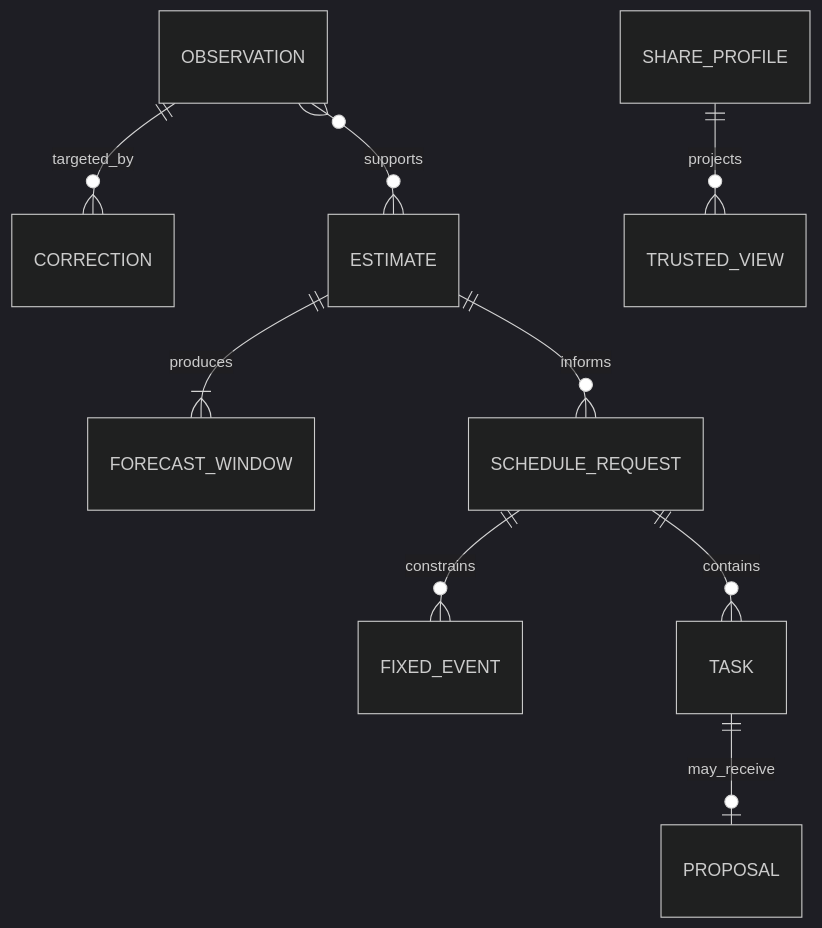
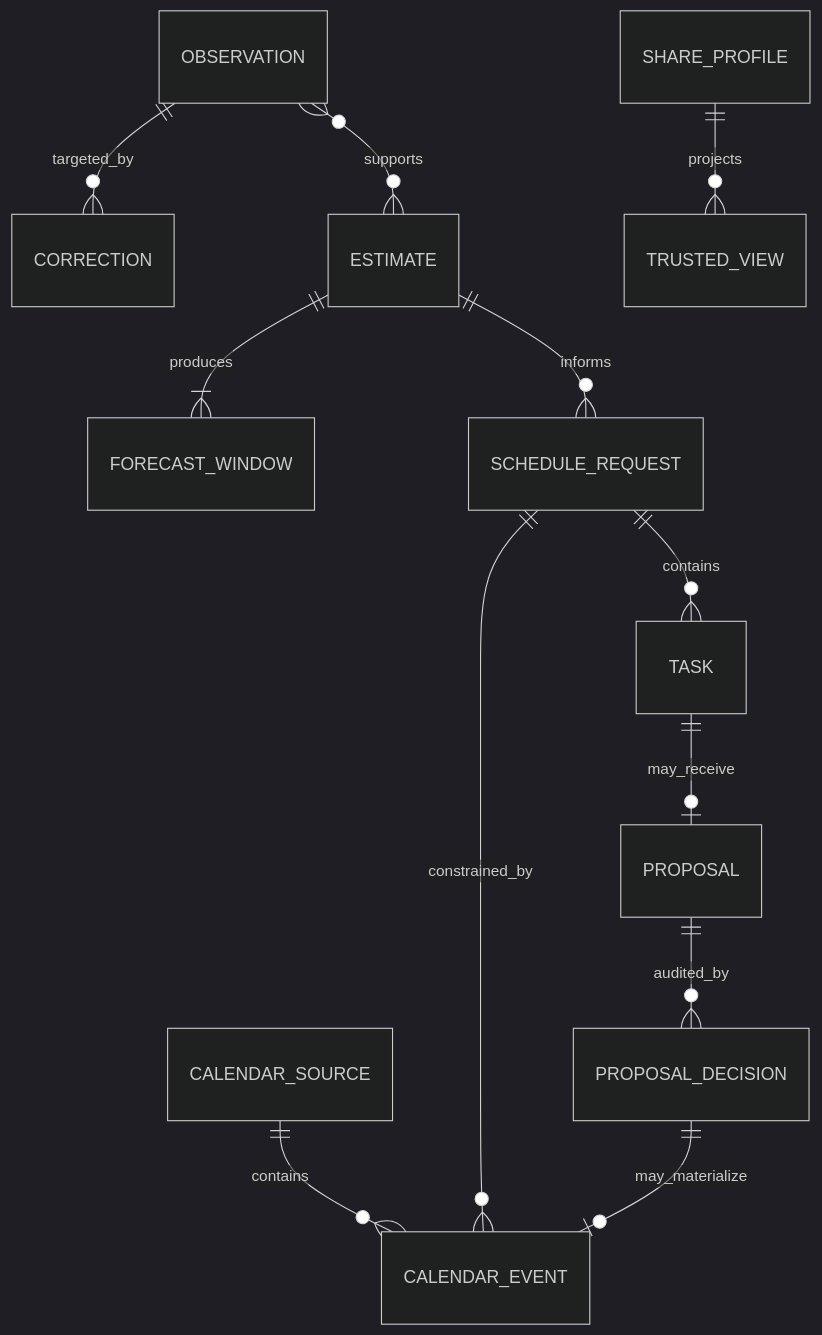
Before and after one commit to wellivea1/ZeitBoard: the diagram in docs/data-model.md, drawn with Mermaid (dark theme). The commit also changed other lines of this file and 29 other files, not shown here.

````diff
--- a/docs/data-model.md
+++ b/docs/data-model.md
@@ -68,11 +82,14 @@
 ```mermaid
 erDiagram
   OBSERVATION ||--o{ CORRECTION : targeted_by
   OBSERVATION }o--o{ ESTIMATE : supports
   ESTIMATE ||--|{ FORECAST_WINDOW : produces
   ESTIMATE ||--o{ SCHEDULE_REQUEST : informs
-  SCHEDULE_REQUEST ||--o{ FIXED_EVENT : constrains
+  CALENDAR_SOURCE ||--o{ CALENDAR_EVENT : contains
+  SCHEDULE_REQUEST ||--o{ CALENDAR_EVENT : constrained_by
   SCHEDULE_REQUEST ||--o{ TASK : contains
   TASK ||--o| PROPOSAL : may_receive
+  PROPOSAL ||--o{ PROPOSAL_DECISION : audited_by
+  PROPOSAL_DECISION ||--o| CALENDAR_EVENT : may_materialize
   SHARE_PROFILE ||--o{ TRUSTED_VIEW : projects
 ```
````
